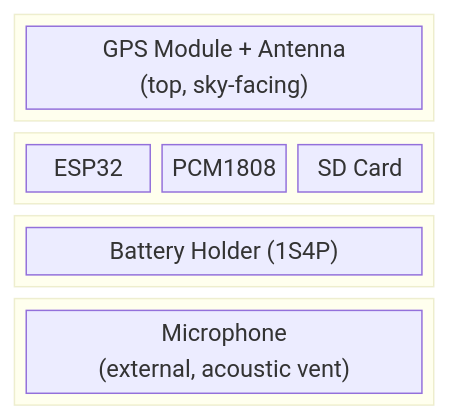
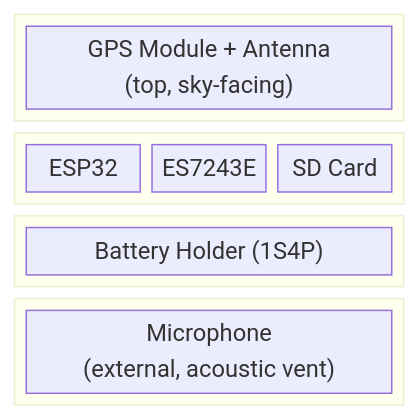
One commit to chriskinal/QuailTracker changed the sixth of 7 diagrams in QuailARU_Design_Document.md. Above: the diagram before and after it, drawn with Mermaid. The commit also changed other lines of this file and 2 other files, not shown here.

First line of the commit message:
Update design doc with ES7243E ADC and add schematic reference

````diff
--- a/QuailARU_Design_Document.md
+++ b/QuailARU_Design_Document.md
@@ -330,20 +367,20 @@
 ```mermaid
 block-beta
     columns 3
     
     block:top:3
         GPS["GPS Module + Antenna<br/>(top, sky-facing)"]
     end
     
     block:middle:3
-        ESP["ESP32"] ADC["PCM1808"] SD["SD Card"]
+        ESP["ESP32"] ADC["ES7243E"] SD["SD Card"]
     end
     
     block:bottom:3
         BAT["Battery Holder (1S4P)"]
     end
     
     block:external:3
         MIC["Microphone<br/>(external, acoustic vent)"]
     end
 ```
````
